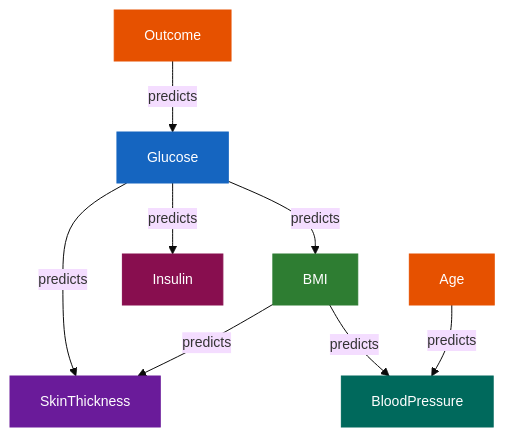
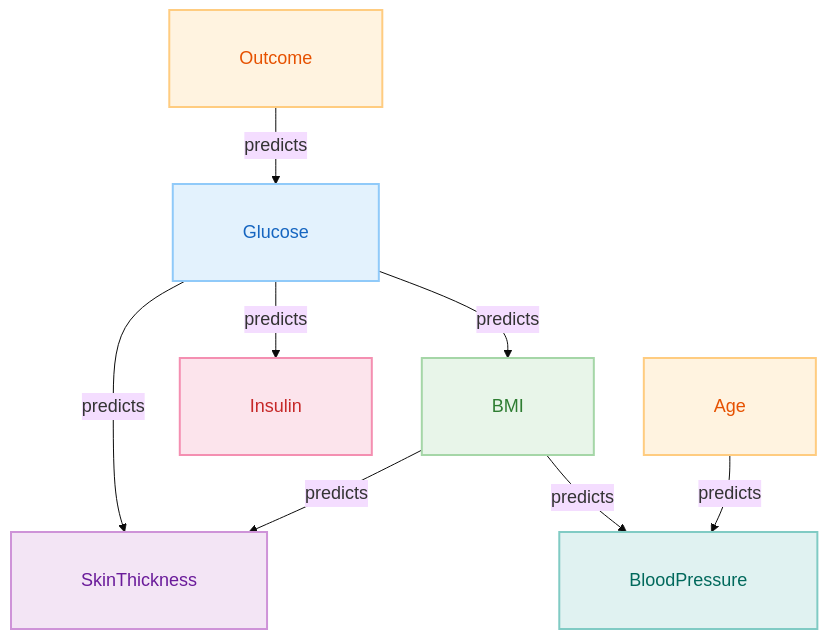
The second of 5 diagrams in ML.qmd (buttegggggggg/buttegggggggg.github.io), drawn with Mermaid before and after one commit. The commit also changed other lines of this file and 79 other files, not shown here.

````diff
--- a/ML.qmd
+++ b/ML.qmd
@@ -99,27 +92,27 @@
 ```{mermaid}
-%%{init: {"theme": "base", "themeVariables": {"fontSize": "14px"}}}%%
+%%{init: {"theme": "base", "themeVariables": {"fontSize": "18px"}, "flowchart": {"padding": 35}}}%%
 flowchart TD
-    A["Outcome"]
-    B["Glucose"]
-    C["BMI"]
-    D["Insulin"]
-    E["SkinThickness"]
-    F["Age"]
-    G["BloodPressure"]
+    A["Outcome     "]
+    B["Glucose     "]
+    C["BMI     "]
+    D["Insulin     "]
+    E["SkinThickness     "]
+    F["Age     "]
+    G["BloodPressure     "]
 
     A -->|"predicts"| B
     B -->|"predicts"| C
     B -->|"predicts"| D
     C -->|"predicts"| E
     B -->|"predicts"| E
     F -->|"predicts"| G
     C -->|"predicts"| G
 
-    style A fill:#E65100,color:#fff,stroke:#E65100
-    style B fill:#1565C0,color:#fff,stroke:#1565C0
-    style C fill:#2E7D32,color:#fff,stroke:#2E7D32
-    style D fill:#880E4F,color:#fff,stroke:#880E4F
-    style E fill:#6A1B9A,color:#fff,stroke:#6A1B9A
-    style F fill:#E65100,color:#fff,stroke:#E65100
-    style G fill:#00695C,color:#fff,stroke:#00695C
+    style A fill:#FFF3E0,color:#E65100,stroke:#FFCC80,stroke-width:2px
+    style B fill:#E3F2FD,color:#1565C0,stroke:#90CAF9,stroke-width:2px
+    style C fill:#E8F5E9,color:#2E7D32,stroke:#A5D6A7,stroke-width:2px
+    style D fill:#FCE4EC,color:#C62828,stroke:#F48FB1,stroke-width:2px
+    style E fill:#F3E5F5,color:#6A1B9A,stroke:#CE93D8,stroke-width:2px
+    style F fill:#FFF3E0,color:#E65100,stroke:#FFCC80,stroke-width:2px
+    style G fill:#E0F2F1,color:#00695C,stroke:#80CBC4,stroke-width:2px
 ```
````
